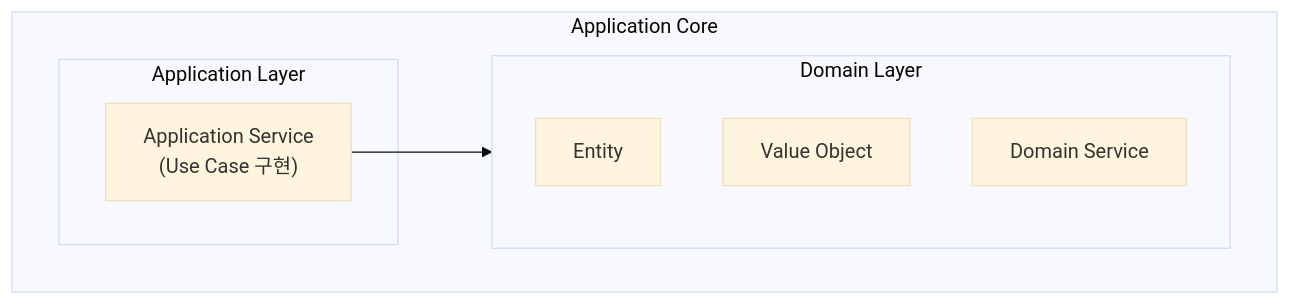
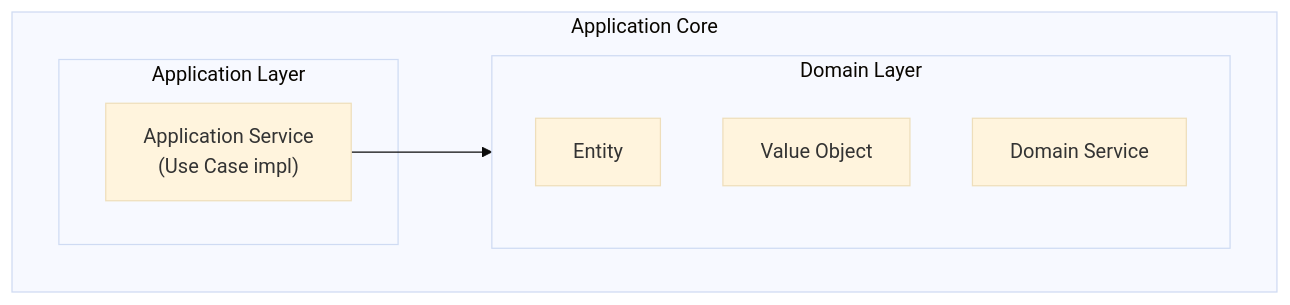
Before and after one commit to advanced-beginner/advanced-beginner.github.io: the fifth of 12 diagrams in content/en/docs/ddd/concepts/architecture/hexagonal-architecture.md, drawn with Mermaid (base theme). The commit also changed other lines of this file and 150 other files, not shown here.

````diff
--- a/content/en/docs/ddd/concepts/architecture/hexagonal-architecture.md
+++ b/content/en/docs/ddd/concepts/architecture/hexagonal-architecture.md
@@ -210,16 +210,16 @@
 ```mermaid
 flowchart TB
     subgraph Core["Application Core"]
         subgraph App["Application Layer"]
-            AS["Application Service<br>(Use Case 구현)"]
+            AS["Application Service<br>(Use Case impl)"]
         end
 
         subgraph Domain["Domain Layer"]
             E["Entity"]
             VO["Value Object"]
             DS["Domain Service"]
         end
 
         AS --> Domain
     end
 ```
````
